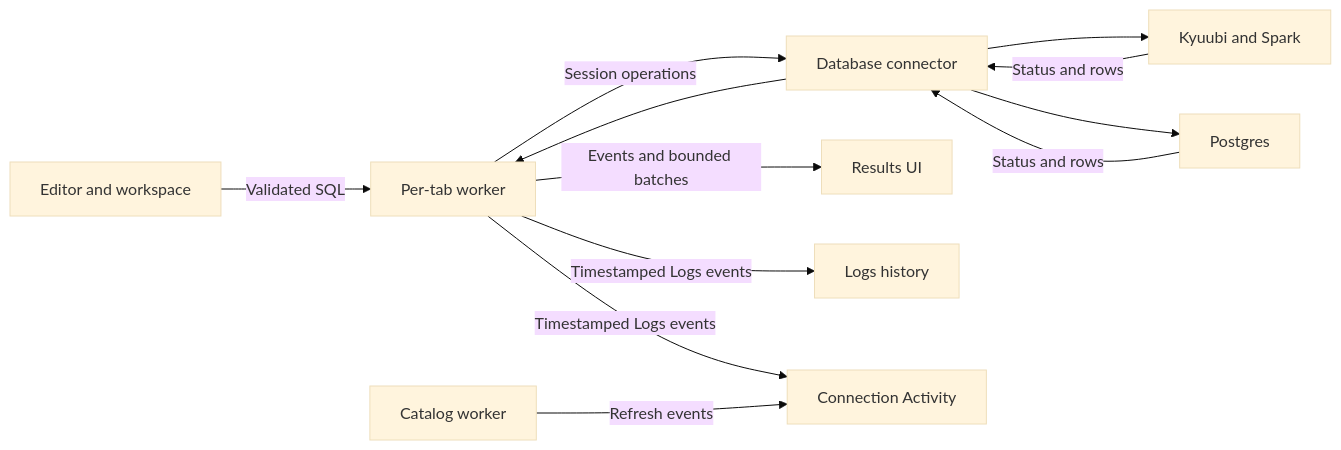
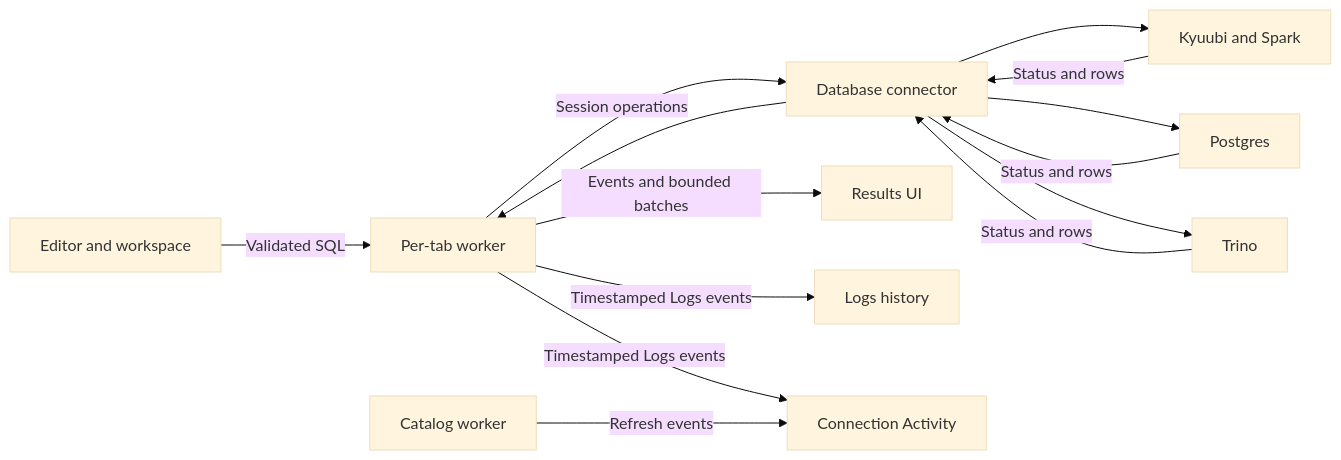
One commit to vsevolodbazhan/qrow changed the diagram in docs/architecture.md. Above: the diagram before and after it, drawn with Mermaid (base theme). The commit also changed other lines of this file and 54 other files, not shown here.

````diff
--- a/docs/architecture.md
+++ b/docs/architecture.md
@@ -40,14 +42,16 @@
 ```mermaid
 flowchart LR
     Editor[Editor and workspace] -->|Validated SQL| Worker[Per-tab worker]
     Worker -->|Session operations| Connector[Database connector]
     Connector --> Kyuubi[Kyuubi and Spark]
     Connector --> Postgres[Postgres]
+    Connector --> Trino[Trino]
+    Trino -->|Status and rows| Connector
     Postgres -->|Status and rows| Connector
     Kyuubi -->|Status and rows| Connector
     Connector --> Worker
     Worker -->|Events and bounded batches| Results[Results UI]
     Worker -->|Timestamped Logs events| Logs[Logs history]
     Worker -->|Timestamped Logs events| Activity[Connection Activity]
     Catalog[Catalog worker] -->|Refresh events| Activity
 ```
````
